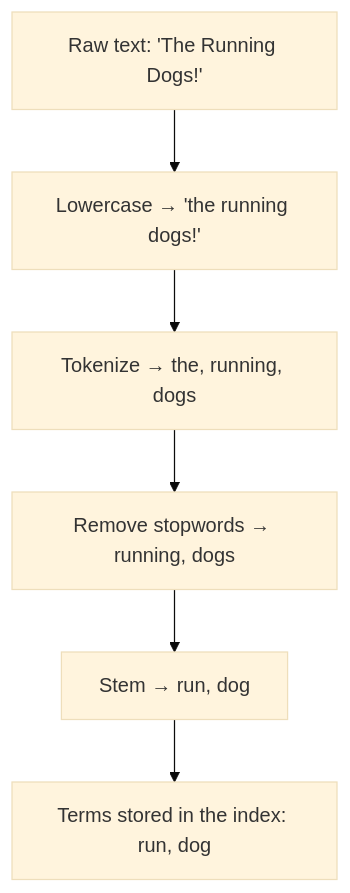
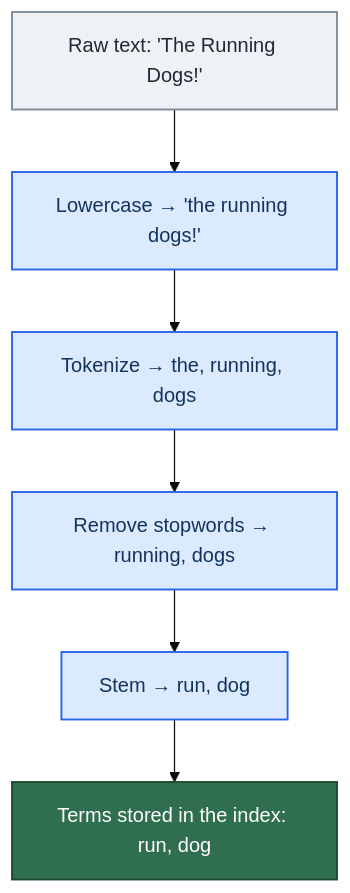
Before and after one commit to cosmos-dx/broccolisearch: the first of 9 diagrams in BOOK.md, drawn with Mermaid (base theme). The commit also changed other lines of this file and 4 other files, not shown here.

````diff
--- a/BOOK.md
+++ b/BOOK.md
@@ -466,8 +448,15 @@
 ```mermaid
 flowchart TB
     A["Raw text: 'The Running Dogs!'"] --> B["Lowercase → 'the running dogs!'"]
     B --> C["Tokenize → the, running, dogs"]
     C --> D["Remove stopwords → running, dogs"]
     D --> E["Stem → run, dog"]
     E --> F["Terms stored in the index: run, dog"]
+
+    classDef inp  fill:#eef2f6,stroke:#7c8b99,stroke-width:1.5px,color:#1f2933
+    classDef step fill:#dbeafe,stroke:#2563eb,stroke-width:1.5px,color:#12345c
+    classDef out  fill:#2f6f4f,stroke:#1d4a34,stroke-width:1.5px,color:#ffffff
+    class A inp
+    class B,C,D,E step
+    class F out
 ```
````
